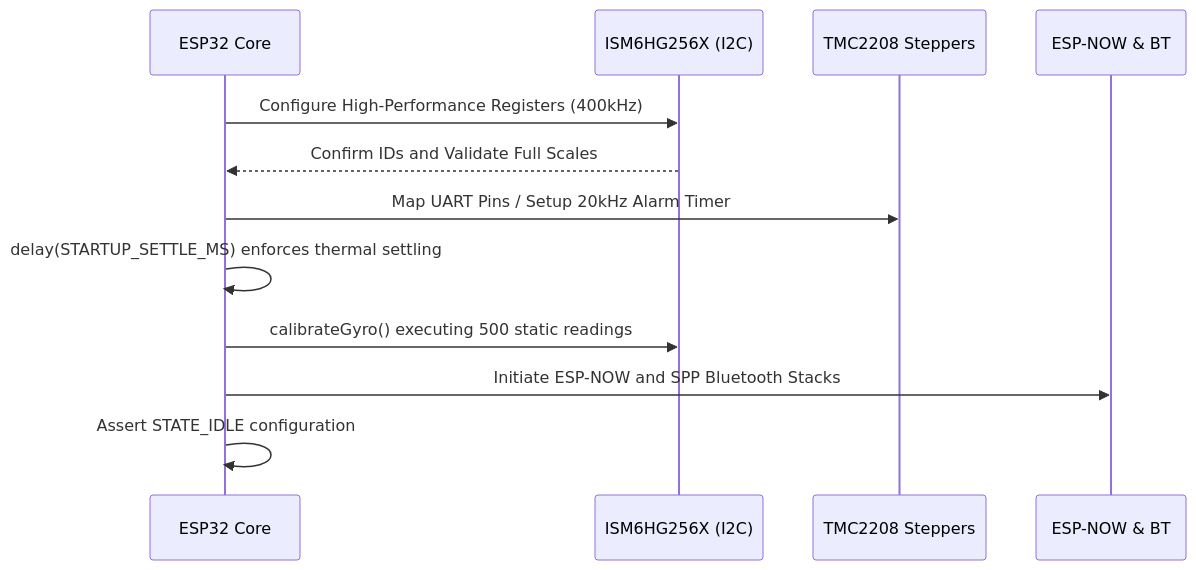
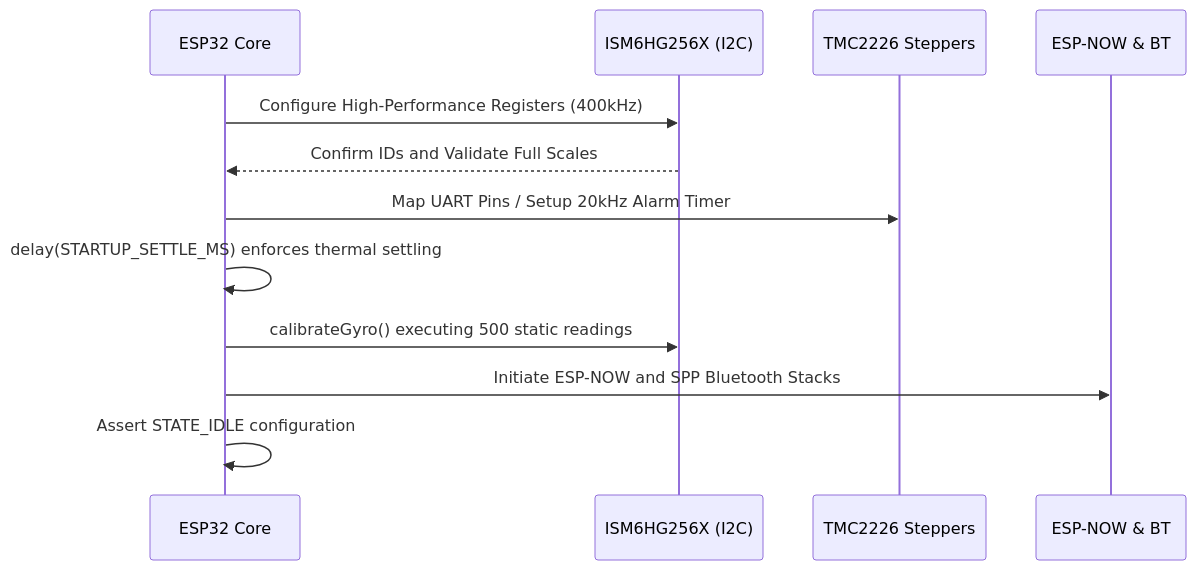
The first of 2 diagrams in docs/BaseLink/Program_Flow_State_Machine.md (atharvap8/2PyBot), drawn with Mermaid before and after one commit. The commit also changed 7 other files, not shown here.

````diff
--- a/docs/BaseLink/Program_Flow_State_Machine.md
+++ b/docs/BaseLink/Program_Flow_State_Machine.md
@@ -9,15 +9,15 @@
 ```mermaid
 sequenceDiagram
     participant OS as ESP32 Core
     participant IMU as ISM6HG256X (I2C)
-    participant STEP as TMC2208 Steppers
+    participant STEP as TMC2226 Steppers
     participant NET as ESP-NOW & BT
 
     OS->>IMU: Configure High-Performance Registers (400kHz)
     IMU-->>OS: Confirm IDs and Validate Full Scales
     OS->>STEP: Map UART Pins / Setup 20kHz Alarm Timer
     OS->>OS: delay(STARTUP_SETTLE_MS) enforces thermal settling
     OS->>IMU: calibrateGyro() executing 500 static readings
     OS->>NET: Initiate ESP-NOW and SPP Bluetooth Stacks
     OS->>OS: Assert STATE_IDLE configuration
 ```
````
